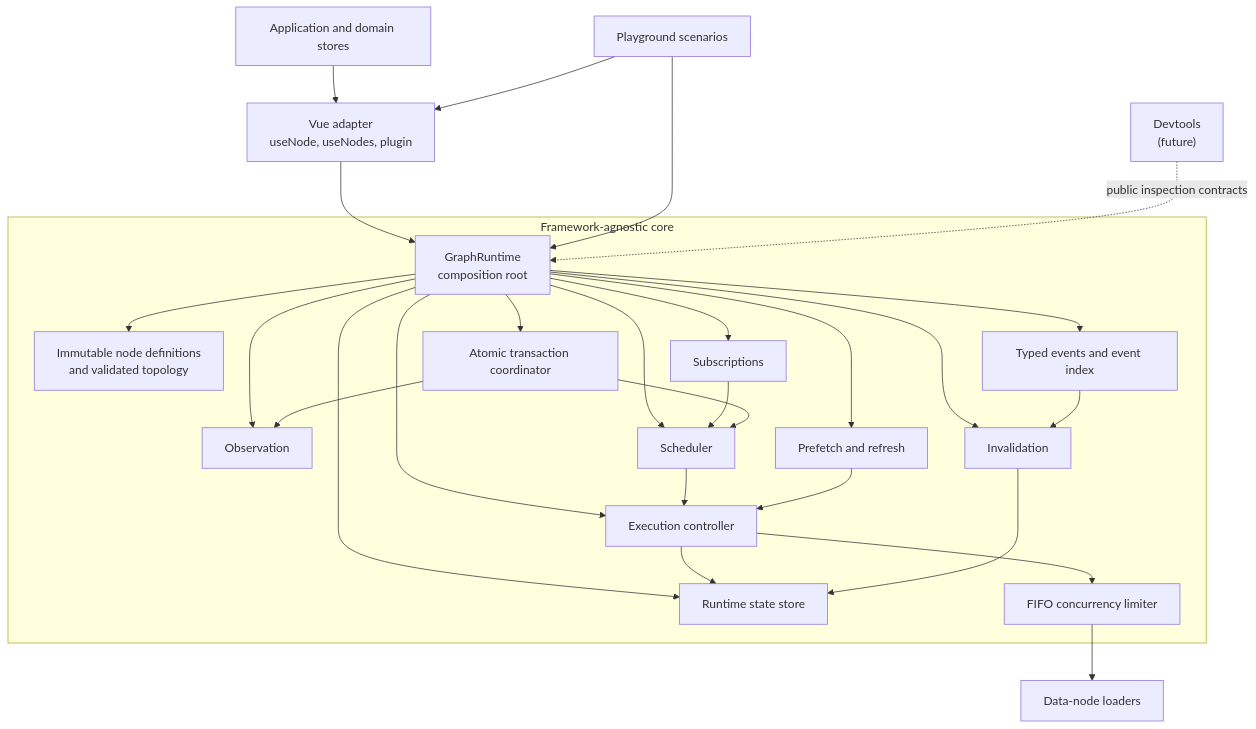
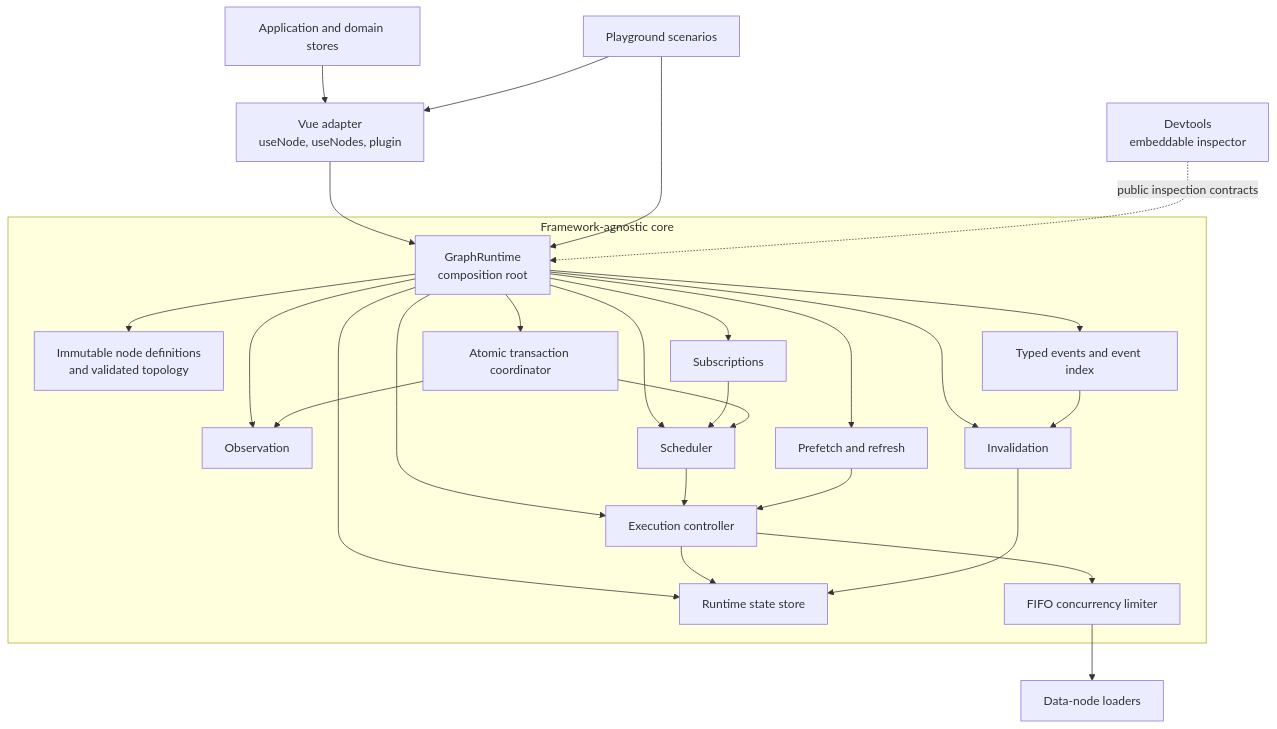
The diagram in docs/architecture/01-system-overview.md (geraldkf/vue-dependency-graph), drawn with Mermaid before and after one commit. The commit also changed other lines of this file and 75 other files, not shown here.

````diff
--- a/docs/architecture/01-system-overview.md
+++ b/docs/architecture/01-system-overview.md
@@ -7,51 +7,51 @@
 ```mermaid
 flowchart TB
     Application["Application and domain stores"]
     Vue["Vue adapter<br/>useNode, useNodes, plugin"]
     Playground["Playground scenarios"]
-    Devtools["Devtools<br/>(future)"]
+    Devtools["Devtools<br/>embeddable inspector"]
     Loaders["Data-node loaders"]
 
     subgraph Core["Framework-agnostic core"]
         Runtime["GraphRuntime<br/>composition root"]
         Graph["Immutable node definitions<br/>and validated topology"]
         State["Runtime state store"]
         Observation["Observation"]
         Subscriptions["Subscriptions"]
         Scheduler["Scheduler"]
         Execution["Execution controller"]
         Limiter["FIFO concurrency limiter"]
         Operations["Prefetch and refresh"]
         Events["Typed events and event index"]
         Invalidation["Invalidation"]
         Transactions["Atomic transaction coordinator"]
     end
 
     Application --> Vue
     Vue --> Runtime
     Playground --> Vue
     Playground --> Runtime
     Devtools -. "public inspection contracts" .-> Runtime
 
     Runtime --> Graph
     Runtime --> State
     Runtime --> Observation
     Runtime --> Subscriptions
     Runtime --> Scheduler
     Runtime --> Execution
     Runtime --> Operations
     Runtime --> Events
     Runtime --> Invalidation
     Runtime --> Transactions
 
     Subscriptions --> Scheduler
     Scheduler --> Execution
     Operations --> Execution
     Execution --> Limiter
     Limiter --> Loaders
     Execution --> State
     Events --> Invalidation
     Invalidation --> State
     Transactions --> Observation
     Transactions --> Scheduler
 ```
````
